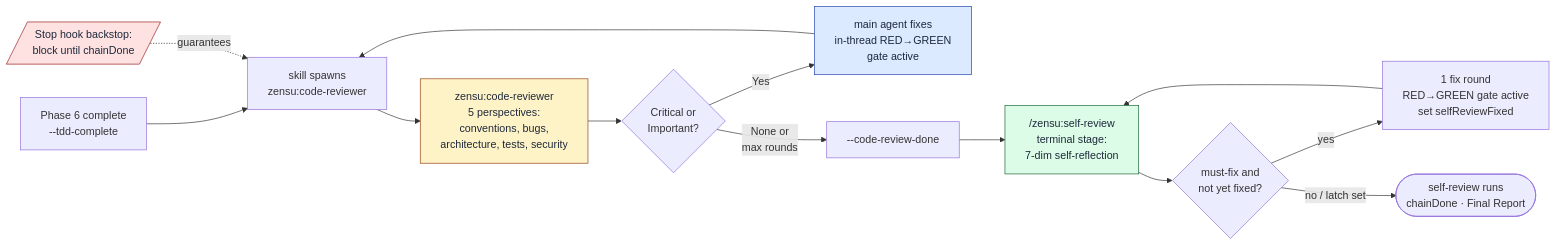
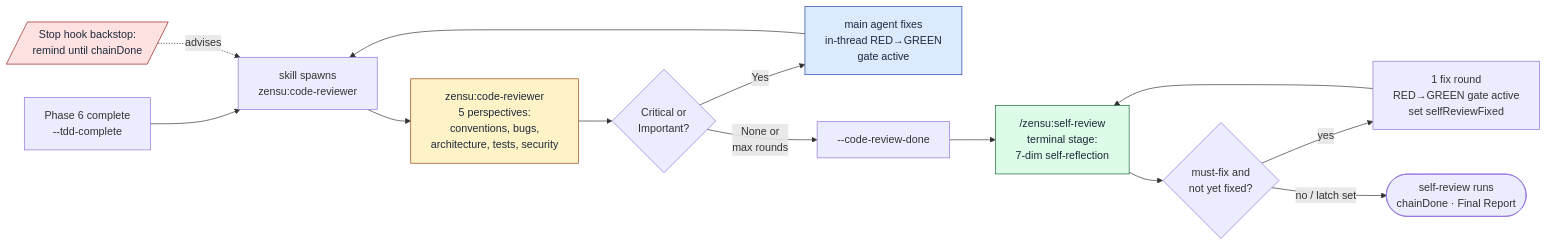
One commit to MKITConsulting/zensu-codex changed the fourth of 4 diagrams in plugins/zensu/docs/tdd-manager-workflow.md. Above: the diagram before and after it, drawn with Mermaid. The commit also changed other lines of this file and 101 other files, not shown here.

````diff
--- a/plugins/zensu/docs/tdd-manager-workflow.md
+++ b/plugins/zensu/docs/tdd-manager-workflow.md
@@ -244,20 +316,20 @@
 ```mermaid
 flowchart LR
     P6[Phase 6 complete<br/>--tdd-complete] --> Spawn[skill spawns<br/>zensu:code-reviewer]
-    Stop[/Stop hook backstop:<br/>block until chainDone/] -.guarantees.-> Spawn
+    Stop[/Stop hook backstop:<br/>remind until chainDone/] -.advises.-> Spawn
     Spawn --> Reviewer[zensu:code-reviewer<br/>5 perspectives:<br/>conventions, bugs,<br/>architecture, tests, security]
     Reviewer --> Findings{Critical or<br/>Important?}
     Findings -->|Yes| Fix[main agent fixes<br/>in-thread RED→GREEN<br/>gate active]
     Fix --> Spawn
     Findings -->|None or<br/>max rounds| CRD[--code-review-done]
     CRD --> SelfRev["/zensu:self-review<br/>terminal stage:<br/>7-dim self-reflection"]
     SelfRev --> MustFix{must-fix and<br/>not yet fixed?}
     MustFix -->|yes| SRFix[1 fix round<br/>RED→GREEN gate active<br/>set selfReviewFixed]
     SRFix --> SelfRev
     MustFix -->|no / latch set| Done([self-review runs<br/>chainDone · Final Report])
 
     style Reviewer fill:#fef3c7,stroke:#92400e,color:#1e293b
     style SelfRev fill:#dcfce7,stroke:#166534,color:#1e293b
     style Fix fill:#dbeafe,stroke:#1e40af,color:#1e293b
     style Stop fill:#fee2e2,stroke:#991b1b,color:#1e293b
 ```
````
